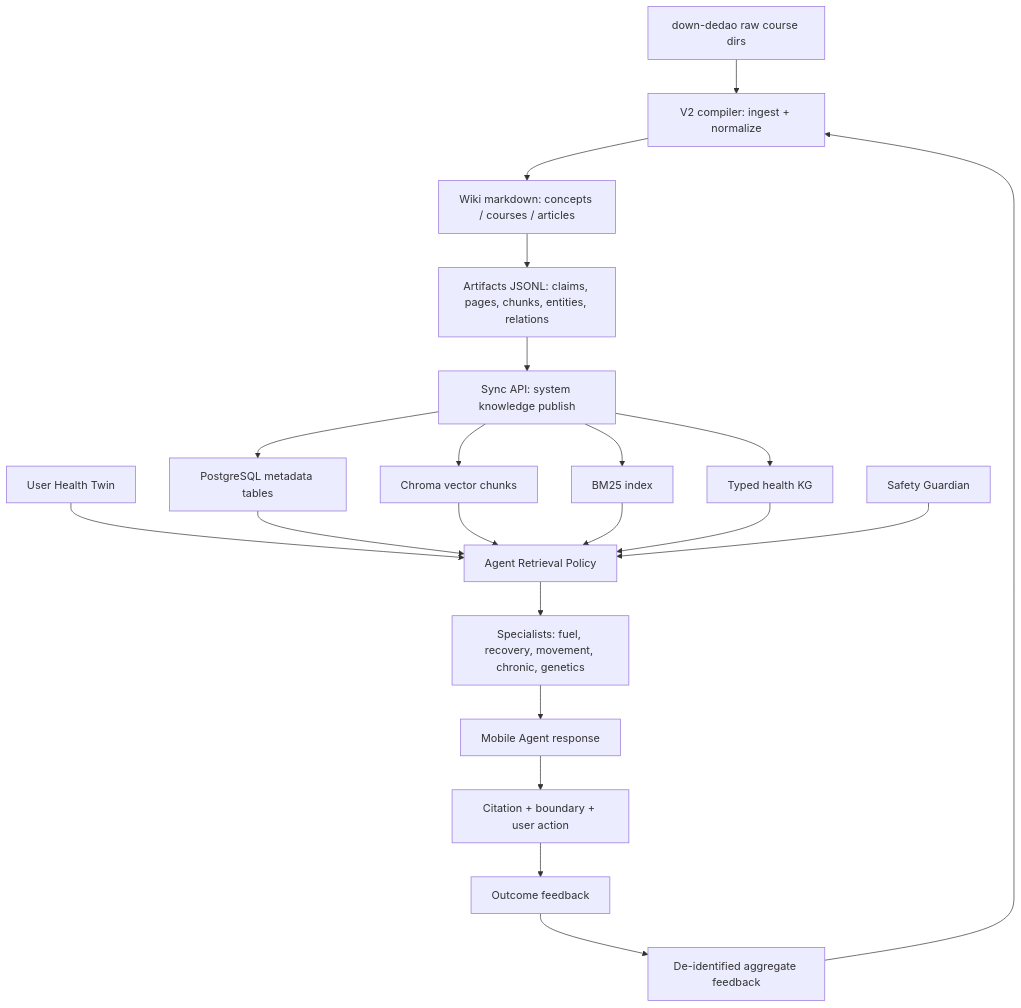
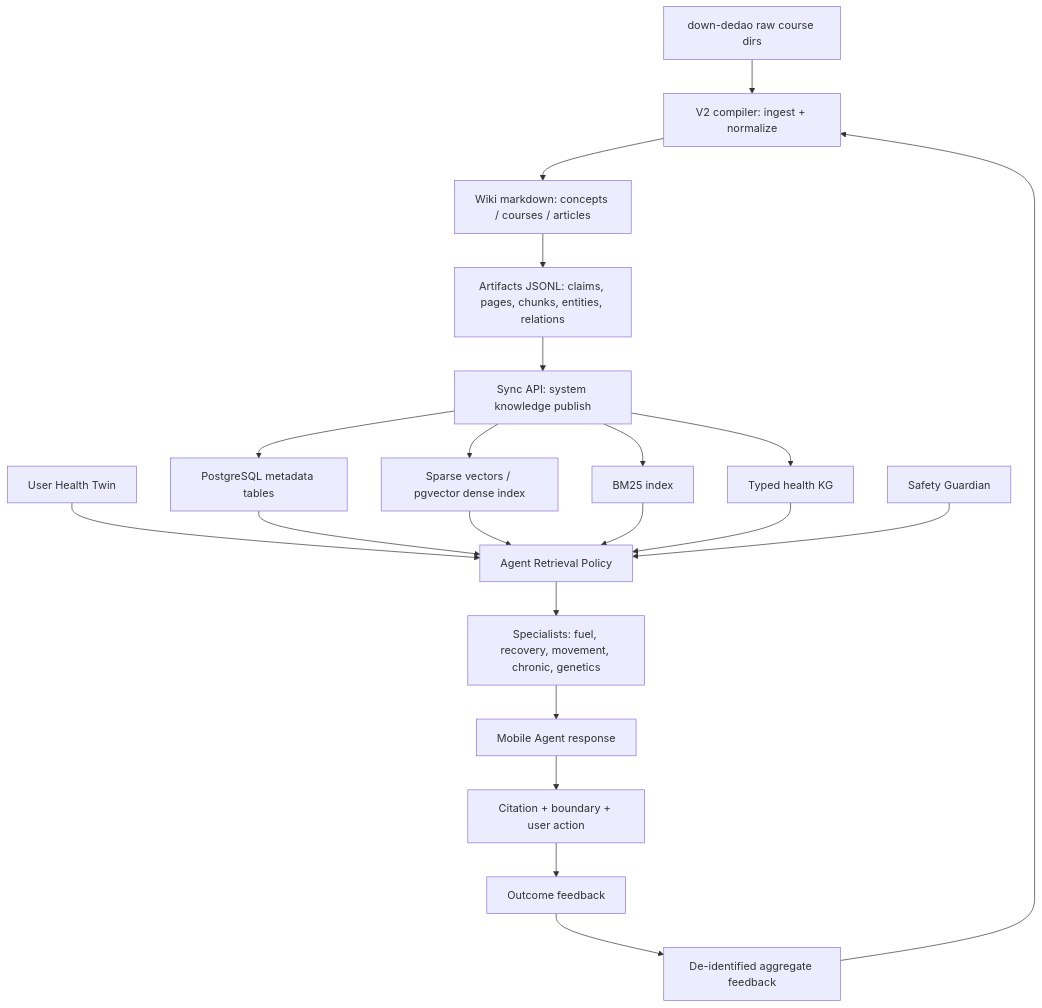
Before and after one commit to itsoso/health-llm-driven: the diagram in docs/plans/2026-05-16-llm-wiki-v2-system-knowledge-base.md, drawn with Mermaid. The commit also changed other lines of this file and 3 other files, not shown here.

Commit message:
docs(kb): align vector retrieval architecture status

````diff
--- a/docs/plans/2026-05-16-llm-wiki-v2-system-knowledge-base.md
+++ b/docs/plans/2026-05-16-llm-wiki-v2-system-knowledge-base.md
@@ -71,26 +71,26 @@
 ```mermaid
 flowchart TD
     A["down-dedao raw course dirs"] --> B["V2 compiler: ingest + normalize"]
     B --> C["Wiki markdown: concepts / courses / articles"]
     C --> D["Artifacts JSONL: claims, pages, chunks, entities, relations"]
     D --> E["Sync API: system knowledge publish"]
 
     E --> F["PostgreSQL metadata tables"]
-    E --> G["Chroma vector chunks"]
+    E --> G["Sparse vectors / pgvector dense index"]
     E --> H["BM25 index"]
     E --> I["Typed health KG"]
 
     J["User Health Twin"] --> K["Agent Retrieval Policy"]
     F --> K
     G --> K
     H --> K
     I --> K
     L["Safety Guardian"] --> K
 
     K --> M["Specialists: fuel, recovery, movement, chronic, genetics"]
     M --> N["Mobile Agent response"]
     N --> O["Citation + boundary + user action"]
     O --> P["Outcome feedback"]
     P --> Q["De-identified aggregate feedback"]
     Q --> B
 ```
````
